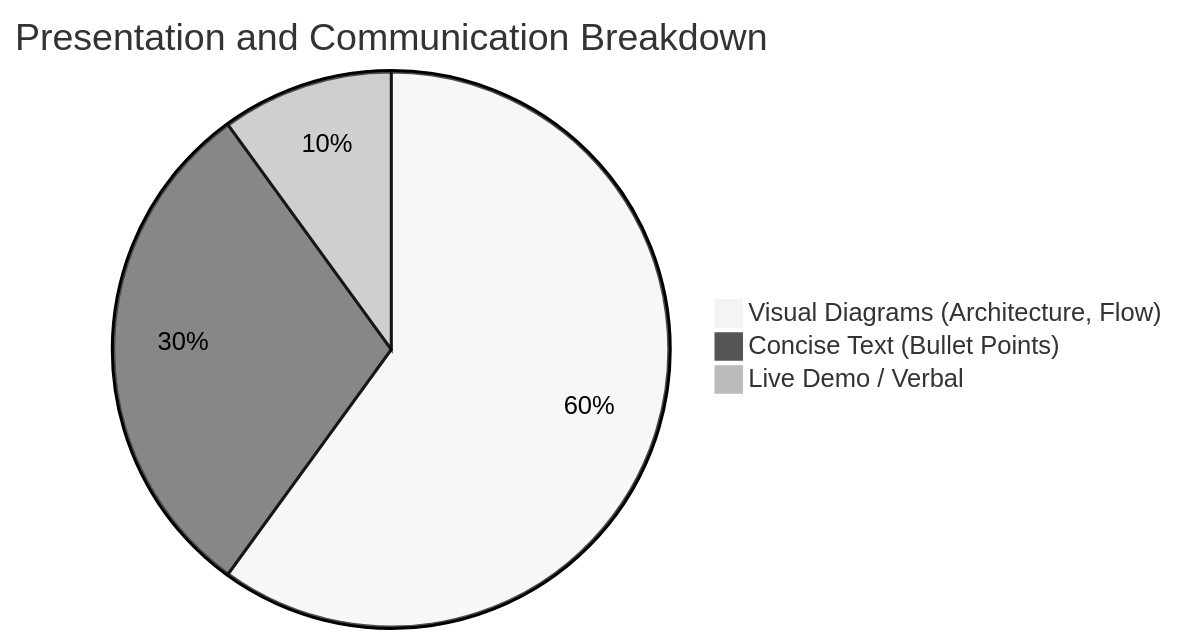
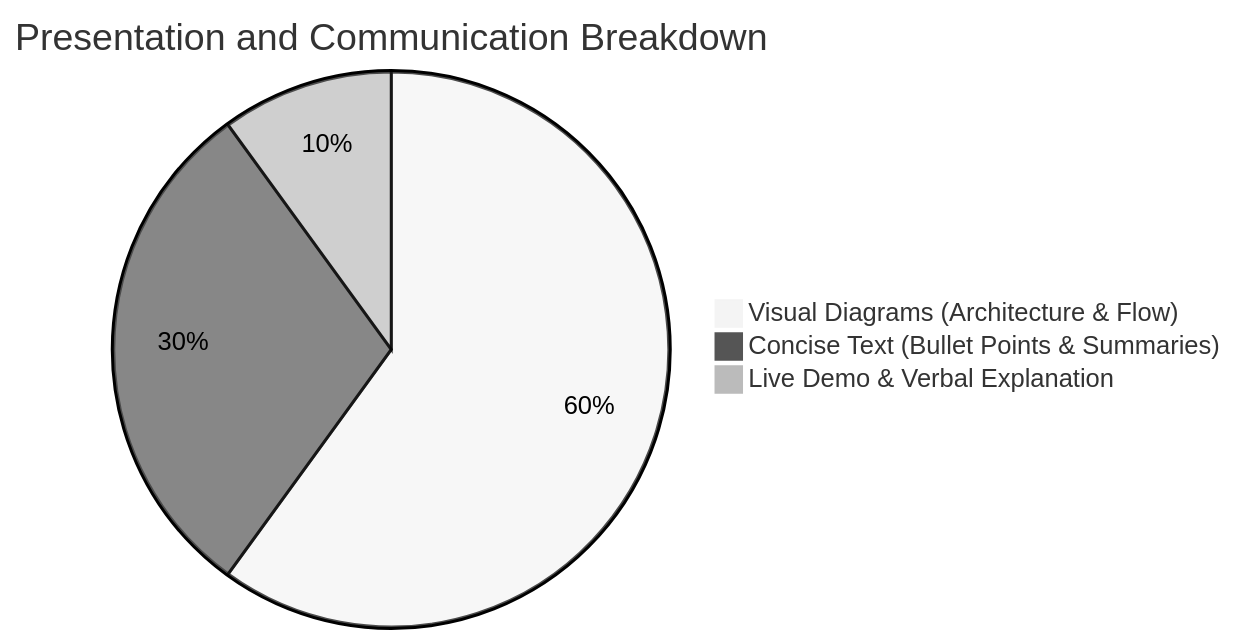
Before and after one commit to hmpmanish/jaymani-krishi-sewa: the fifth of 5 diagrams in docs/Project_Design_Report_PO_Mapping.md, drawn with Mermaid (neutral theme). The commit also changed other lines of this file, not shown here.

````diff
--- a/docs/Project_Design_Report_PO_Mapping.md
+++ b/docs/Project_Design_Report_PO_Mapping.md
@@ -116,6 +146,6 @@
 ```mermaid
 pie title Presentation and Communication Breakdown
-    "Visual Diagrams (Architecture, Flow)" : 60
-    "Concise Text (Bullet Points)" : 30
-    "Live Demo / Verbal" : 10
+    "Visual Diagrams (Architecture & Flow)" : 60
+    "Concise Text (Bullet Points & Summaries)" : 30
+    "Live Demo & Verbal Explanation" : 10
 ```
````
